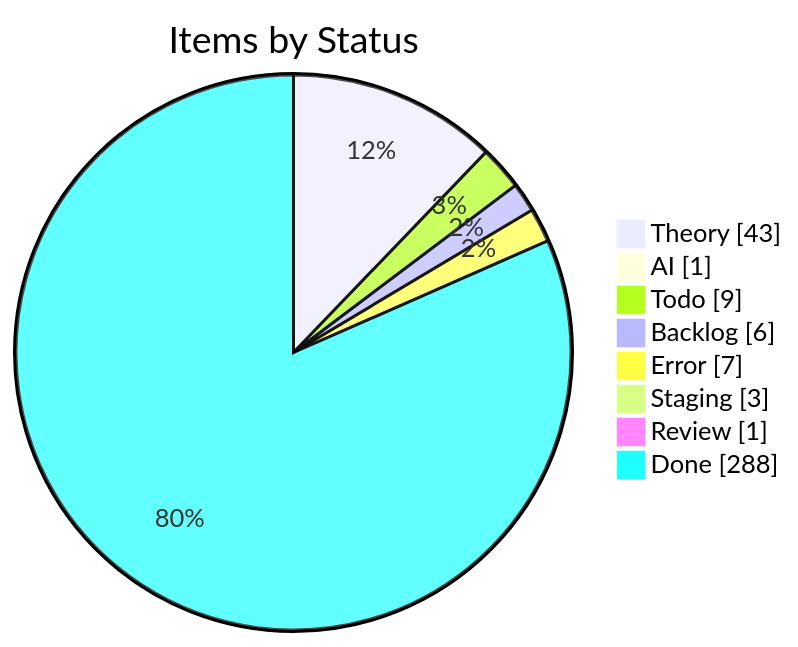
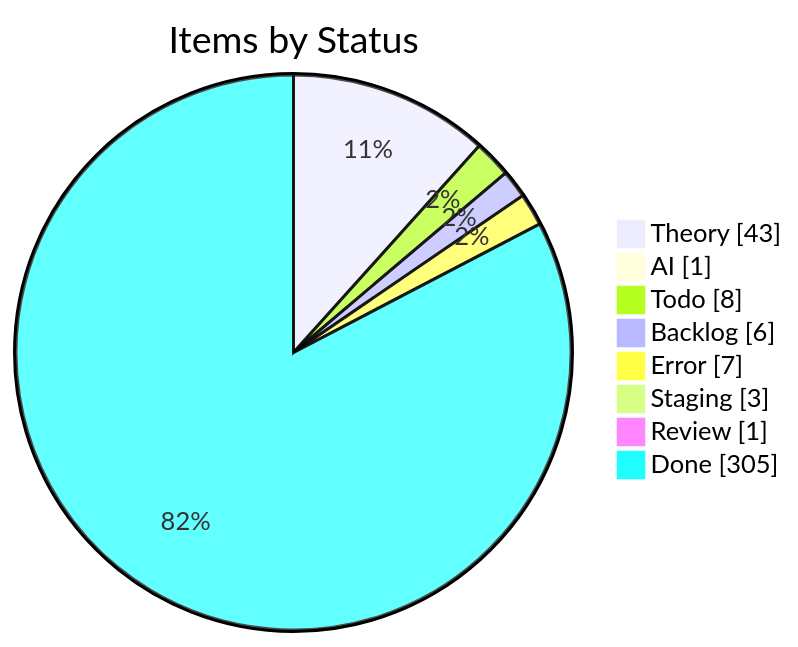
One commit to KBVE/kbve changed the first of 4 diagrams in apps/kbve/astro-kbve/src/content/docs/dashboard/kanban-data.mdx. Above: the diagram before and after it, drawn with Mermaid. The commit also changed other lines of this file and 8 other files, not shown here.

````diff
--- a/apps/kbve/astro-kbve/src/content/docs/dashboard/kanban-data.mdx
+++ b/apps/kbve/astro-kbve/src/content/docs/dashboard/kanban-data.mdx
@@ -55,12 +55,12 @@
 ```mermaid
 pie showData
     title Items by Status
     "Theory" : 43
     "AI" : 1
-    "Todo" : 9
+    "Todo" : 8
     "Backlog" : 6
     "Error" : 7
     "Staging" : 3
     "Review" : 1
-    "Done" : 288
+    "Done" : 305
 ```
````
